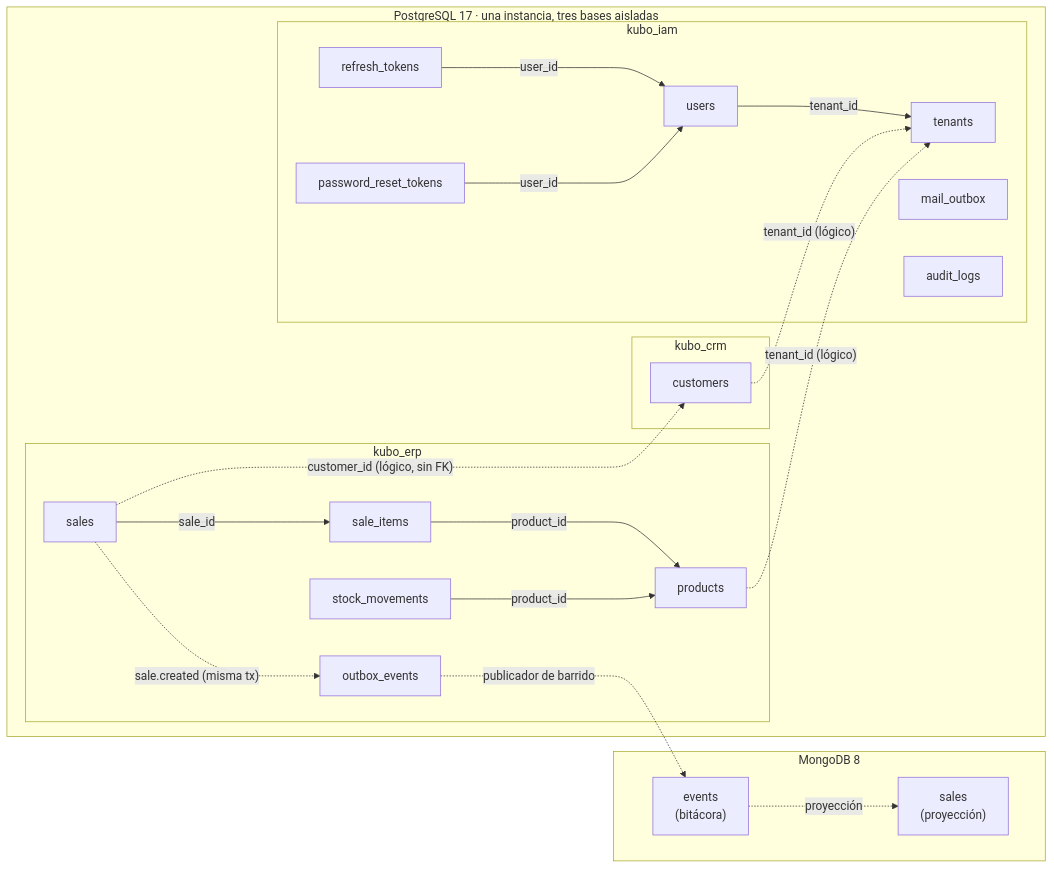
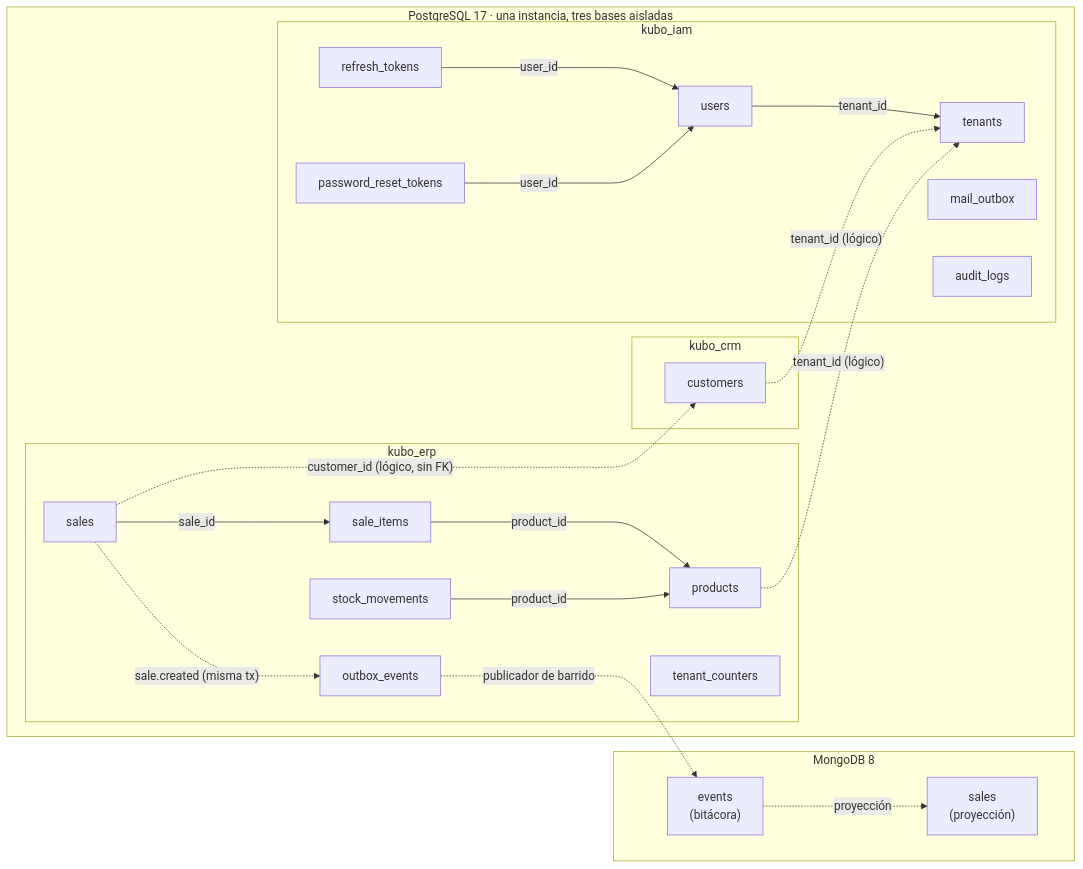
Before and after one commit to NFGS/kubo-docs: the first of 3 diagrams in 02-modelo-datos.md, drawn with Mermaid. The commit also changed other lines of this file and 17 other files, not shown here.

````diff
--- a/02-modelo-datos.md
+++ b/02-modelo-datos.md
@@ -9,41 +9,42 @@
 ```mermaid
 flowchart LR
   subgraph PG["PostgreSQL 17 · una instancia, tres bases aisladas"]
     subgraph IAMDB["kubo_iam"]
       TENANTS["tenants"]
       USERS["users"]
       REFRESH["refresh_tokens"]
       RESET["password_reset_tokens"]
       MAIL["mail_outbox"]
       AUDIT["audit_logs"]
     end
     subgraph CRMDB["kubo_crm"]
       CUSTOMERS["customers"]
     end
     subgraph ERPDB["kubo_erp"]
       PRODUCTS["products"]
       MOVEMENTS["stock_movements"]
       SALES["sales"]
       ITEMS["sale_items"]
       OUTBOX["outbox_events"]
+      COUNTERS["tenant_counters"]
     end
   end
 
   subgraph MONGO["MongoDB 8"]
     EVENTS["events<br/>(bitácora)"]
     PROJ["sales<br/>(proyección)"]
   end
 
   USERS -->|"tenant_id"| TENANTS
   REFRESH -->|"user_id"| USERS
   RESET -->|"user_id"| USERS
   CUSTOMERS -.->|"tenant_id (lógico)"| TENANTS
   PRODUCTS -.->|"tenant_id (lógico)"| TENANTS
   SALES -->|"sale_id"| ITEMS
   ITEMS -->|"product_id"| PRODUCTS
   MOVEMENTS -->|"product_id"| PRODUCTS
   SALES -.->|"customer_id (lógico, sin FK)"| CUSTOMERS
   SALES -.->|"sale.created (misma tx)"| OUTBOX
   OUTBOX -.->|"publicador de barrido"| EVENTS
   EVENTS -.->|"proyección"| PROJ
 ```
````
